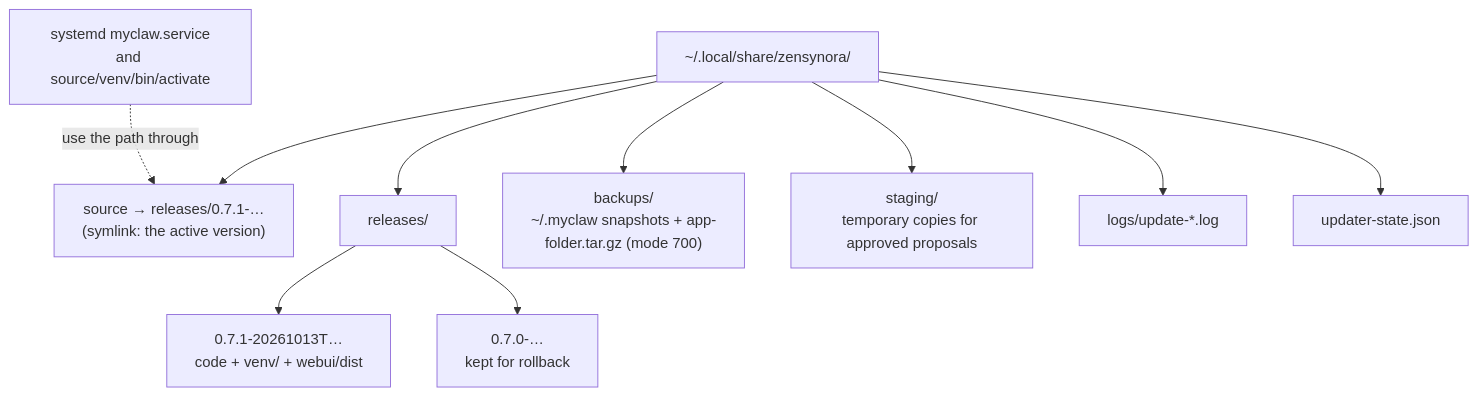
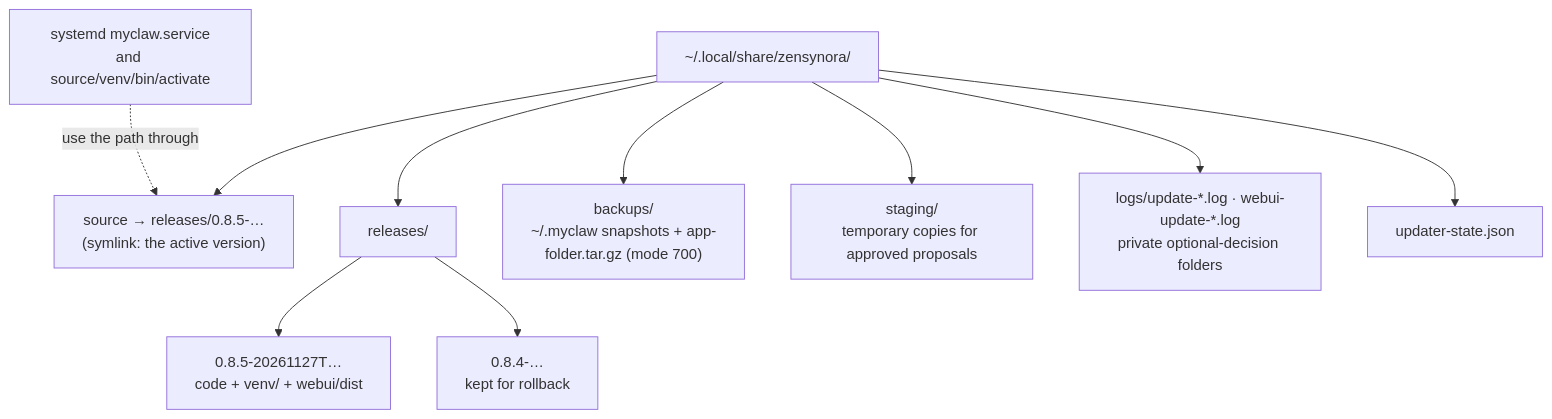
Before and after one commit to adrianx26/zensynora: diagram 12 of 22 in docs/architecture_diagram.md, drawn with Mermaid. The commit also changed other lines of this file and 67 other files, not shown here.

````diff
--- a/docs/architecture_diagram.md
+++ b/docs/architecture_diagram.md
@@ -408,13 +429,13 @@
 ```mermaid
 flowchart TB
     base["~/.local/share/zensynora/"]
-    base --> src["source → releases/0.7.1-…<br/>(symlink: the active version)"]
+    base --> src["source → releases/0.8.5-…<br/>(symlink: the active version)"]
     base --> rel["releases/"]
-    rel --> r1["0.7.1-20261013T…<br/>code + venv/ + webui/dist"]
-    rel --> r2["0.7.0-…<br/>kept for rollback"]
+    rel --> r1["0.8.5-20261127T…<br/>code + venv/ + webui/dist"]
+    rel --> r2["0.8.4-…<br/>kept for rollback"]
     base --> bk["backups/<br/>~/.myclaw snapshots + app-folder.tar.gz (mode 700)"]
     base --> stg["staging/<br/>temporary copies for approved proposals"]
-    base --> lg["logs/update-*.log"]
+    base --> lg["logs/update-*.log · webui-update-*.log<br/>private optional-decision folders"]
     base --> st["updater-state.json"]
     svc["systemd myclaw.service<br/>and source/venv/bin/activate"] -. "use the path through" .-> src
 ```
````
